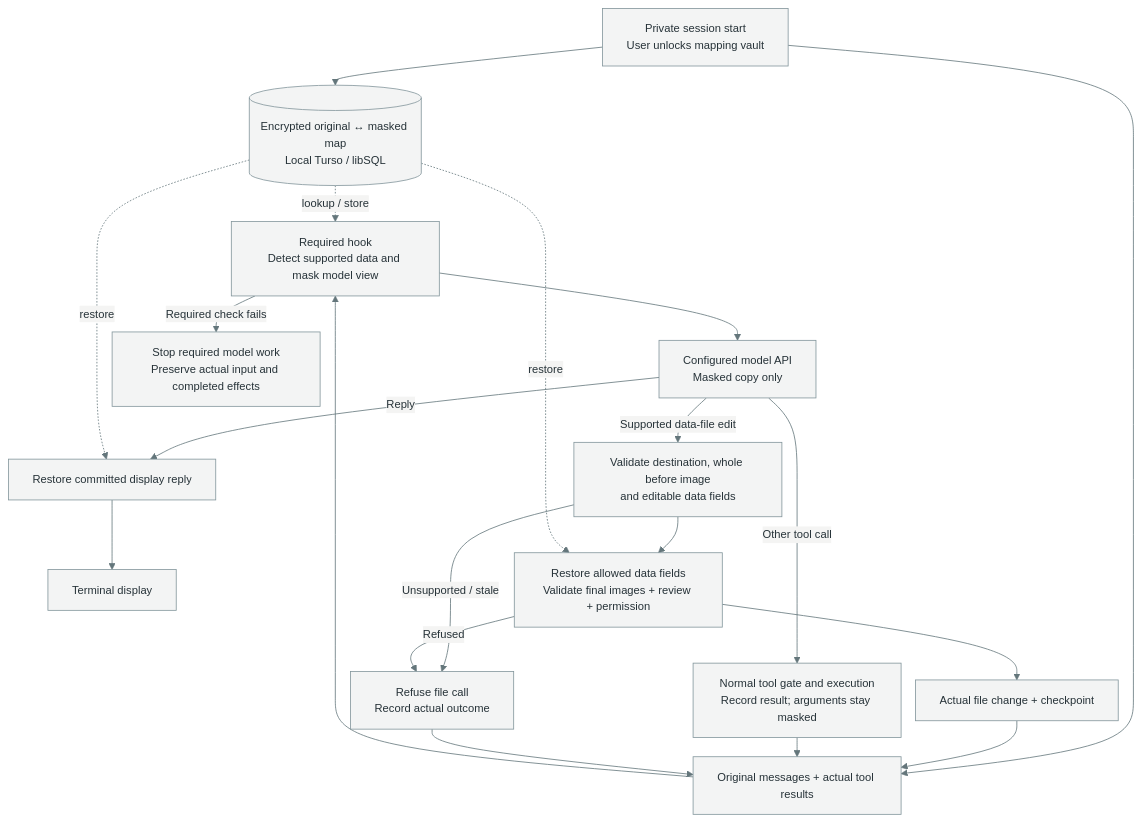
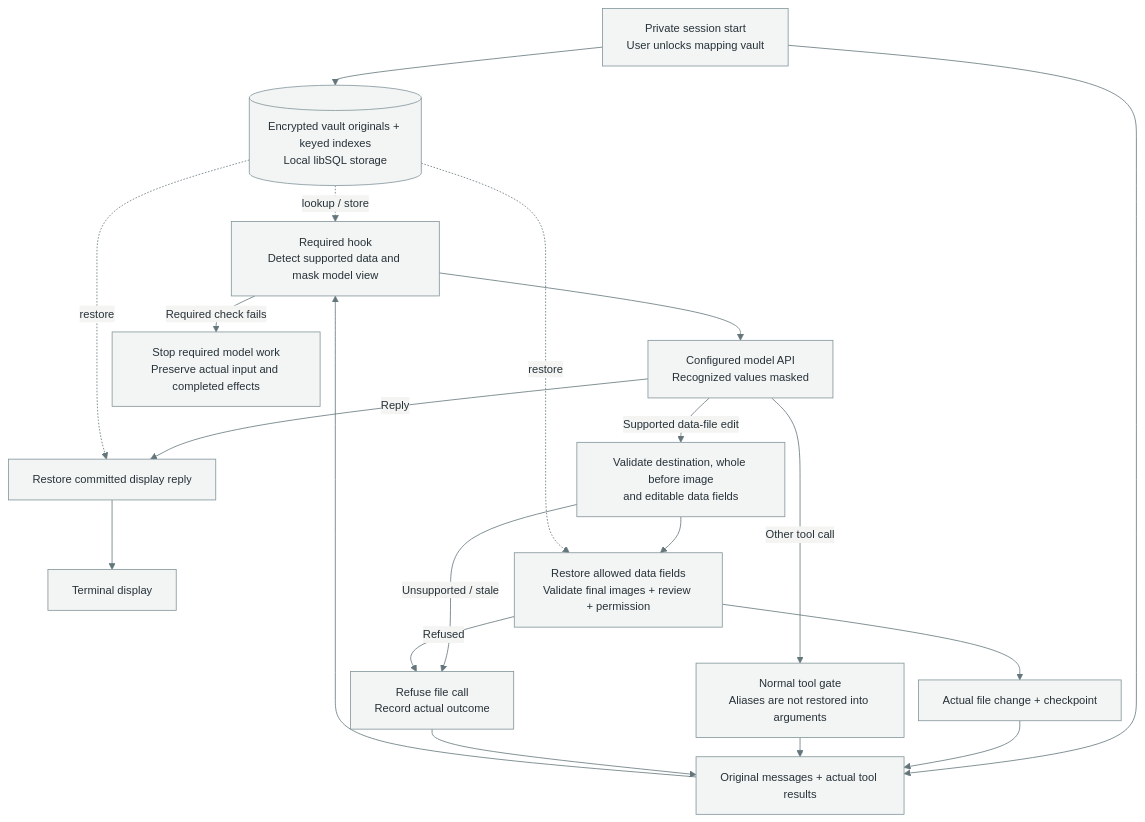
One commit to kaobei-alabo/craftsman-harness changed the second of 3 diagrams in README.md. Above: the diagram before and after it, drawn with Mermaid. The commit also changed other lines of this file and 1 other file, not shown here.

````diff
--- a/README.md
+++ b/README.md
@@ -81,23 +82,23 @@
 ```mermaid
 %%{init: {"theme":"base","themeVariables":{"primaryColor":"#f3f4f4","primaryTextColor":"#263238","primaryBorderColor":"#82959b","lineColor":"#64767b","fontFamily":"sans-serif","fontSize":"14px"},"flowchart":{"nodeSpacing":18,"rankSpacing":24}}}%%
 flowchart TD
-    U["Private session start<br/>User unlocks mapping vault"] --> V[("Encrypted original ↔ masked map<br/>Local Turso / libSQL")]
+    U["Private session start<br/>User unlocks mapping vault"] --> V[("Encrypted vault originals + keyed indexes<br/>Local libSQL storage")]
     U --> I
     I["Original messages + actual tool results"] --> H["Required hook<br/>Detect supported data and mask model view"]
     V -. lookup / store .-> H
-    H --> M["Configured model API<br/>Masked copy only"]
+    H --> M["Configured model API<br/>Recognized values masked"]
     M -->|Reply| D["Restore committed display reply"]
     D --> O["Terminal display"]
     M -->|Supported data-file edit| B["Validate destination, whole before image<br/>and editable data fields"]
     B --> F["Restore allowed data fields<br/>Validate final images + review + permission"]
     F --> W["Actual file change + checkpoint"]
     W --> I
-    M -->|Other tool call| N["Normal tool gate and execution<br/>Record result; arguments stay masked"]
+    M -->|Other tool call| N["Normal tool gate<br/>Aliases are not restored into arguments"]
     N --> I
     V -. restore .-> D
     V -. restore .-> F
     H -->|Required check fails| X["Stop required model work<br/>Preserve actual input and completed effects"]
     B -->|Unsupported / stale| E["Refuse file call<br/>Record actual outcome"]
     F -->|Refused| E
     E --> I
 ```
````
